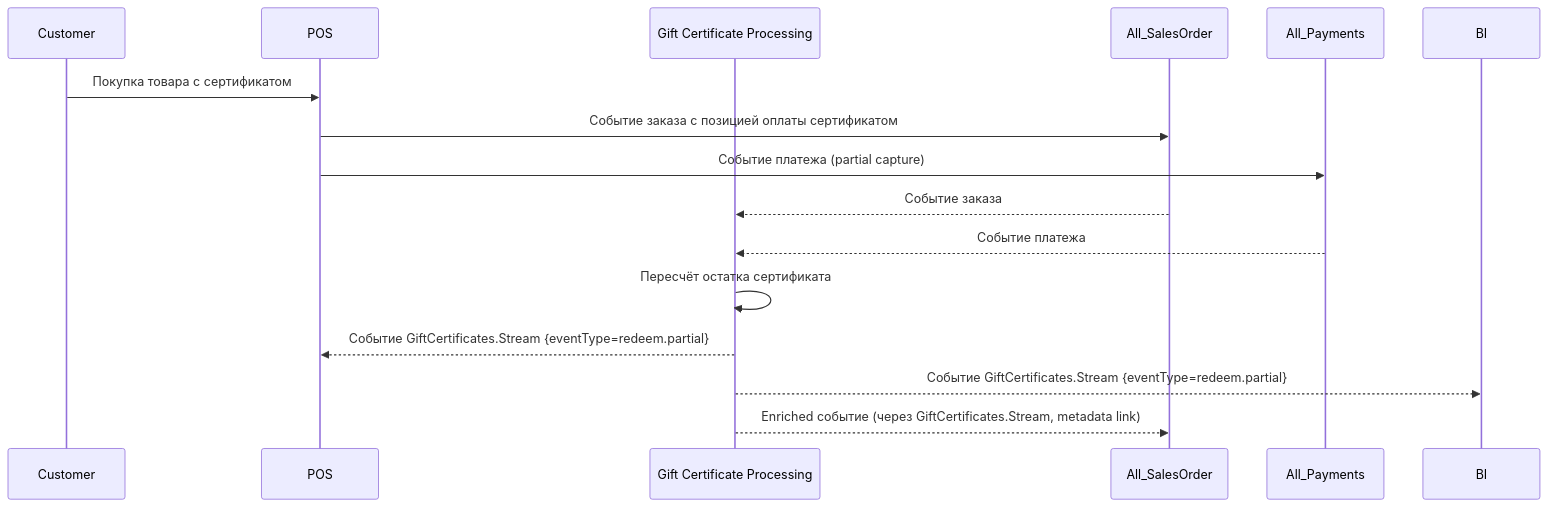
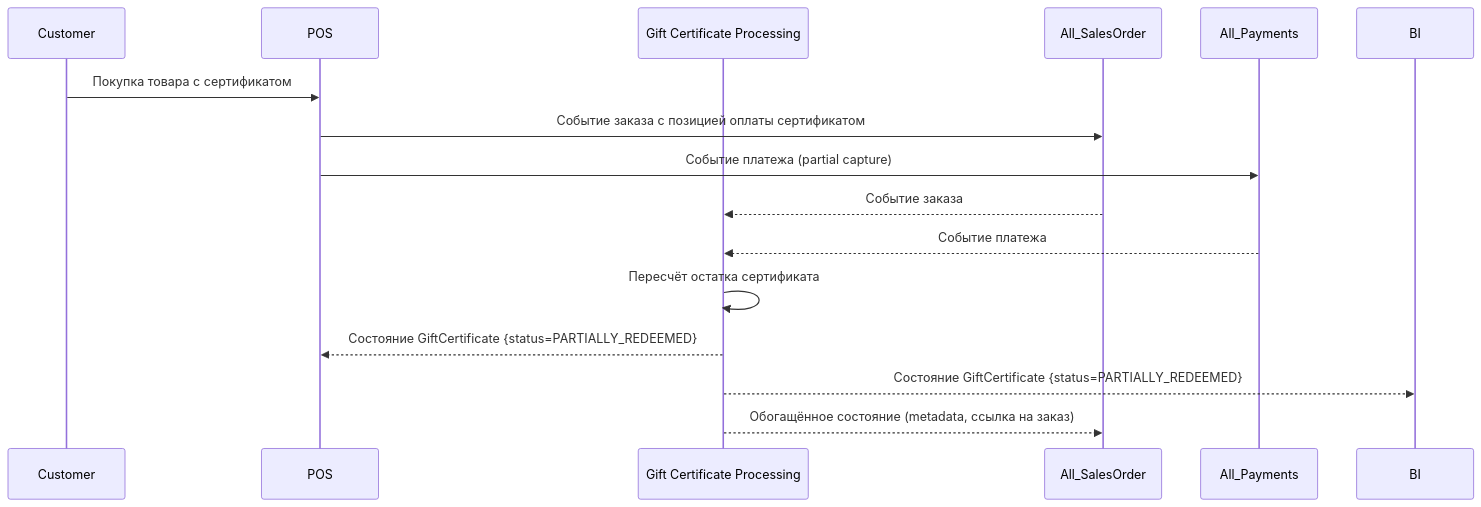
The diagram in specs/diagrams/sequence-redeem.mmd (dobryakov/gift-certs-example2), drawn with Mermaid before and after one commit. The commit also changed 11 other files, not shown here.

```diff
--- a/specs/diagrams/sequence-redeem.mmd
+++ b/specs/diagrams/sequence-redeem.mmd
@@ -1,18 +1,18 @@
 %% Mermaid sequence diagram: частичное списание подарочного сертификата в оффлайн-канале
 sequenceDiagram
     participant Customer
     participant POS
     participant GCP as Gift Certificate Processing
     participant Orders as All_SalesOrder
     participant Payments as All_Payments
     participant BI
 
     Customer->>POS: Покупка товара с сертификатом
     POS->>Orders: Событие заказа с позицией оплаты сертификатом
     POS->>Payments: Событие платежа (partial capture)
     Orders-->>GCP: Событие заказа
     Payments-->>GCP: Событие платежа
     GCP->>GCP: Пересчёт остатка сертификата
-    GCP-->>POS: Событие GiftCertificates.Stream {eventType=redeem.partial}
-    GCP-->>BI: Событие GiftCertificates.Stream {eventType=redeem.partial}
-    GCP-->>Orders: Enriched событие (через GiftCertificates.Stream, metadata link)
+    GCP-->>POS: Состояние GiftCertificate {status=PARTIALLY_REDEEMED}
+    GCP-->>BI: Состояние GiftCertificate {status=PARTIALLY_REDEEMED}
+    GCP-->>Orders: Обогащённое состояние (metadata, ссылка на заказ)
```
